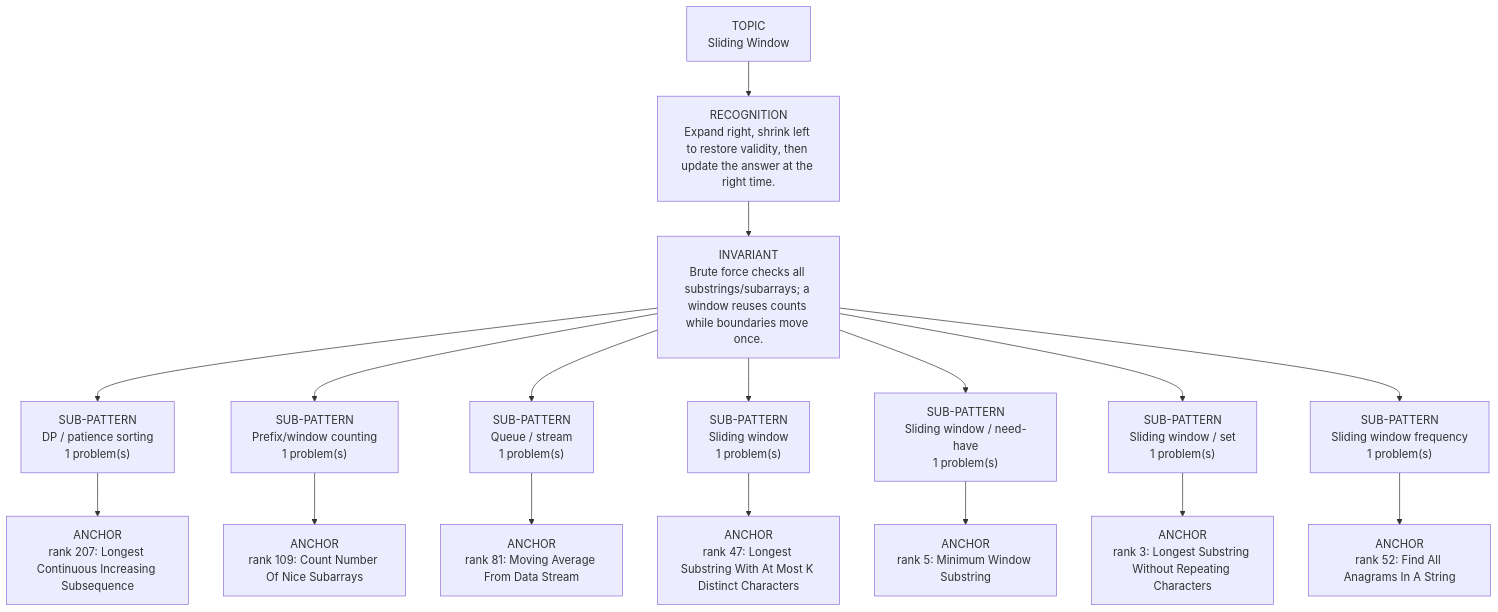
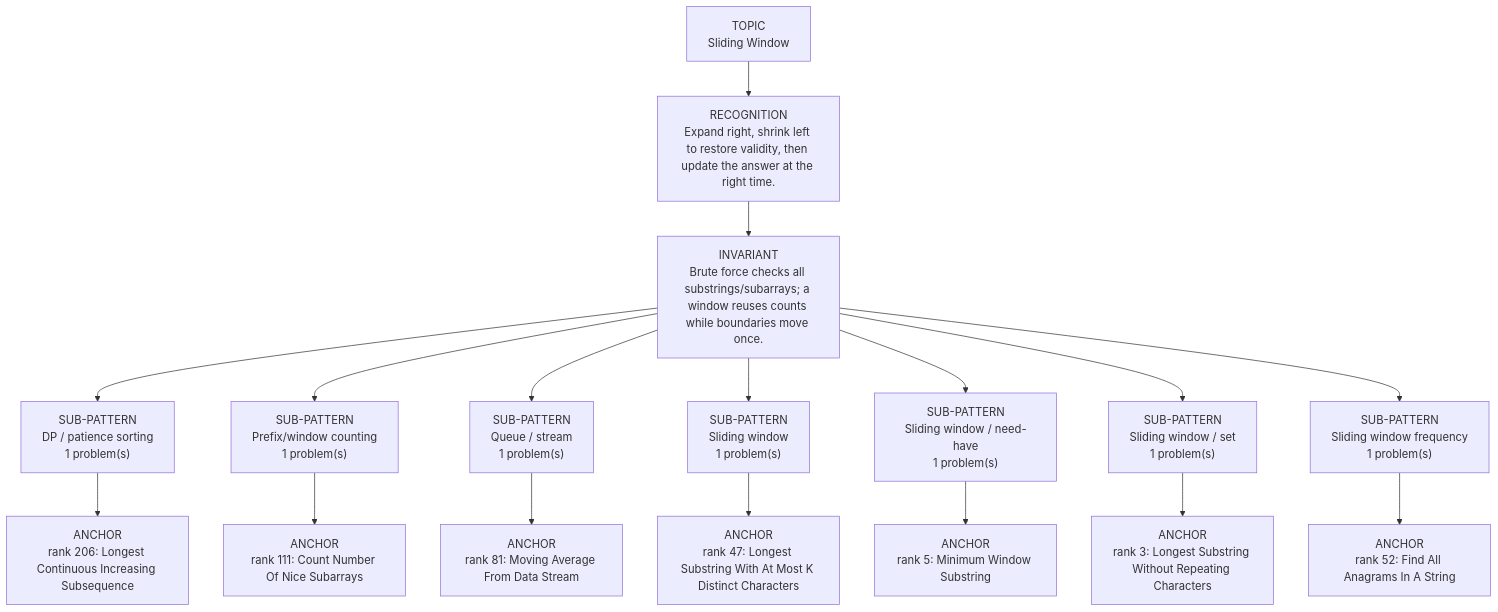
One commit to thechiranjeevjain/DSA10days changed the diagram in dsa-review/interview/patterns/03_sliding_window.md. Above: the diagram before and after it, drawn with Mermaid. The commit also changed other lines of this file and 51 other files, not shown here.

````diff
--- a/dsa-review/interview/patterns/03_sliding_window.md
+++ b/dsa-review/interview/patterns/03_sliding_window.md
@@ -15,21 +15,21 @@
 ```mermaid
 flowchart TD
   Topic["TOPIC<br/>Sliding Window"]
   Recognition["RECOGNITION<br/>Expand right, shrink left to restore validity, then update the answer at the right time."]
   Invariant["INVARIANT<br/>Brute force checks all substrings/subarrays; a window reuses counts while boundaries move once."]
   Topic --> Recognition --> Invariant
   Invariant --> Sub01["SUB-PATTERN<br/>DP / patience sorting<br/>1 problem(s)"]
-  Sub01 --> Sub01A01["ANCHOR<br/>rank 207: Longest Continuous Increasing Subsequence"]
+  Sub01 --> Sub01A01["ANCHOR<br/>rank 206: Longest Continuous Increasing Subsequence"]
   Invariant --> Sub02["SUB-PATTERN<br/>Prefix/window counting<br/>1 problem(s)"]
-  Sub02 --> Sub02A01["ANCHOR<br/>rank 109: Count Number Of Nice Subarrays"]
+  Sub02 --> Sub02A01["ANCHOR<br/>rank 111: Count Number Of Nice Subarrays"]
   Invariant --> Sub03["SUB-PATTERN<br/>Queue / stream<br/>1 problem(s)"]
   Sub03 --> Sub03A01["ANCHOR<br/>rank 81: Moving Average From Data Stream"]
   Invariant --> Sub04["SUB-PATTERN<br/>Sliding window<br/>1 problem(s)"]
   Sub04 --> Sub04A01["ANCHOR<br/>rank 47: Longest Substring With At Most K Distinct Characters"]
   Invariant --> Sub05["SUB-PATTERN<br/>Sliding window / need-have<br/>1 problem(s)"]
   Sub05 --> Sub05A01["ANCHOR<br/>rank 5: Minimum Window Substring"]
   Invariant --> Sub06["SUB-PATTERN<br/>Sliding window / set<br/>1 problem(s)"]
   Sub06 --> Sub06A01["ANCHOR<br/>rank 3: Longest Substring Without Repeating Characters"]
   Invariant --> Sub07["SUB-PATTERN<br/>Sliding window frequency<br/>1 problem(s)"]
   Sub07 --> Sub07A01["ANCHOR<br/>rank 52: Find All Anagrams In A String"]
 ```
````
